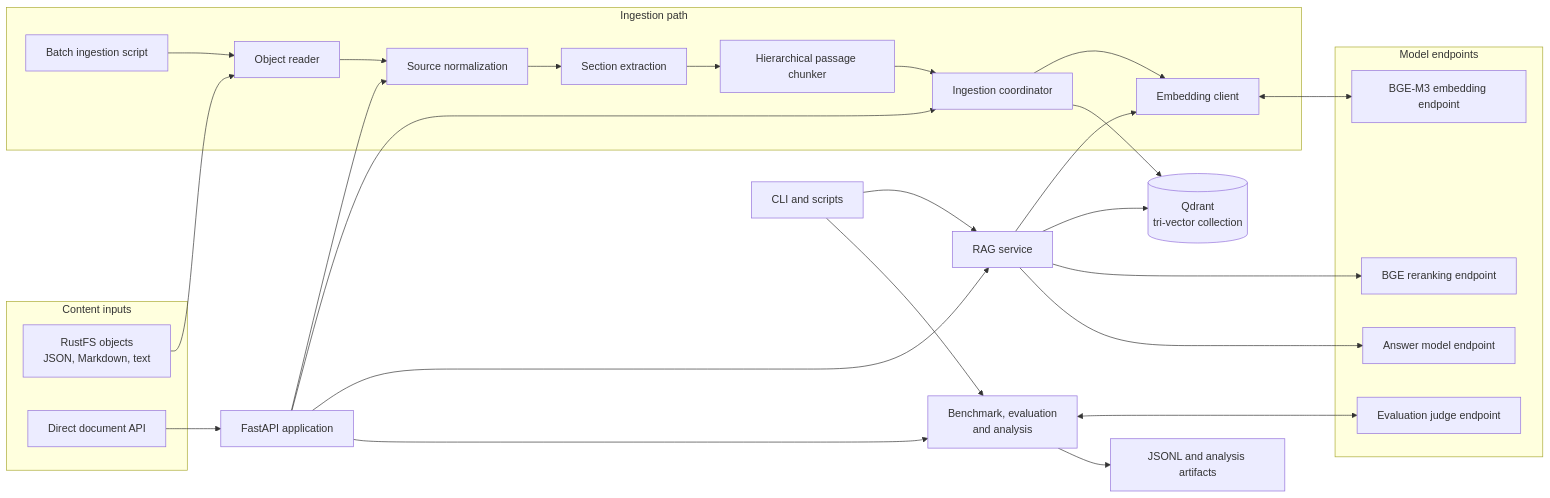
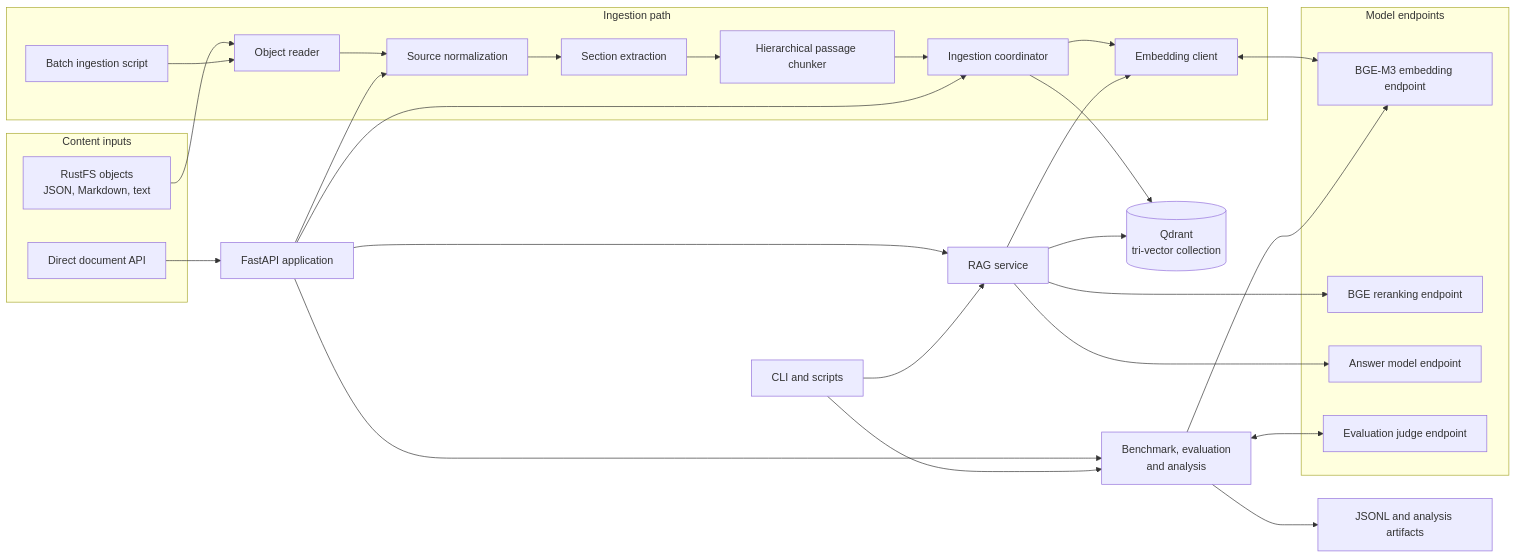
One commit to msb1/elite-rag changed the first of 3 diagrams in docs/architecture.md. Above: the diagram before and after it, drawn with Mermaid. The commit also changed other lines of this file and 17 other files, not shown here.

````diff
--- a/docs/architecture.md
+++ b/docs/architecture.md
@@ -11,46 +13,47 @@
 ```mermaid
 flowchart LR
     subgraph Inputs[Content inputs]
         RF[RustFS objects<br/>JSON, Markdown, text]
         DD[Direct document API]
     end
     subgraph Ingestion[Ingestion path]
         RD[Object reader]
         N[Source normalization]
         SE[Section extraction]
         HC[Hierarchical passage chunker]
         EM[Embedding client]
         IC[Ingestion coordinator]
         BI[Batch ingestion script]
     end
     subgraph Models[Model endpoints]
         EMB[BGE-M3 embedding endpoint]
         RER[BGE reranking endpoint]
         LLM[Answer model endpoint]
         JUDGE[Evaluation judge endpoint]
     end
     Q[(Qdrant<br/>tri-vector collection)]
     API[FastAPI application]
     CLI[CLI and scripts]
     RAG[RAG service]
     EVAL[Benchmark, evaluation<br/>and analysis]
 
     RF --> RD --> N --> SE --> HC
     DD --> API --> N
     HC --> IC
     IC --> EM
     EM <--> EMB
     IC --> Q
     BI --> RD
     API --> IC
     API --> RAG
     CLI --> RAG
     RAG --> EM
     RAG --> Q
     RAG --> RER
     RAG --> LLM
     API --> EVAL
     CLI --> EVAL
     EVAL <--> JUDGE
+    EVAL --> EMB
     EVAL --> Files[JSONL and analysis artifacts]
 ```
````
